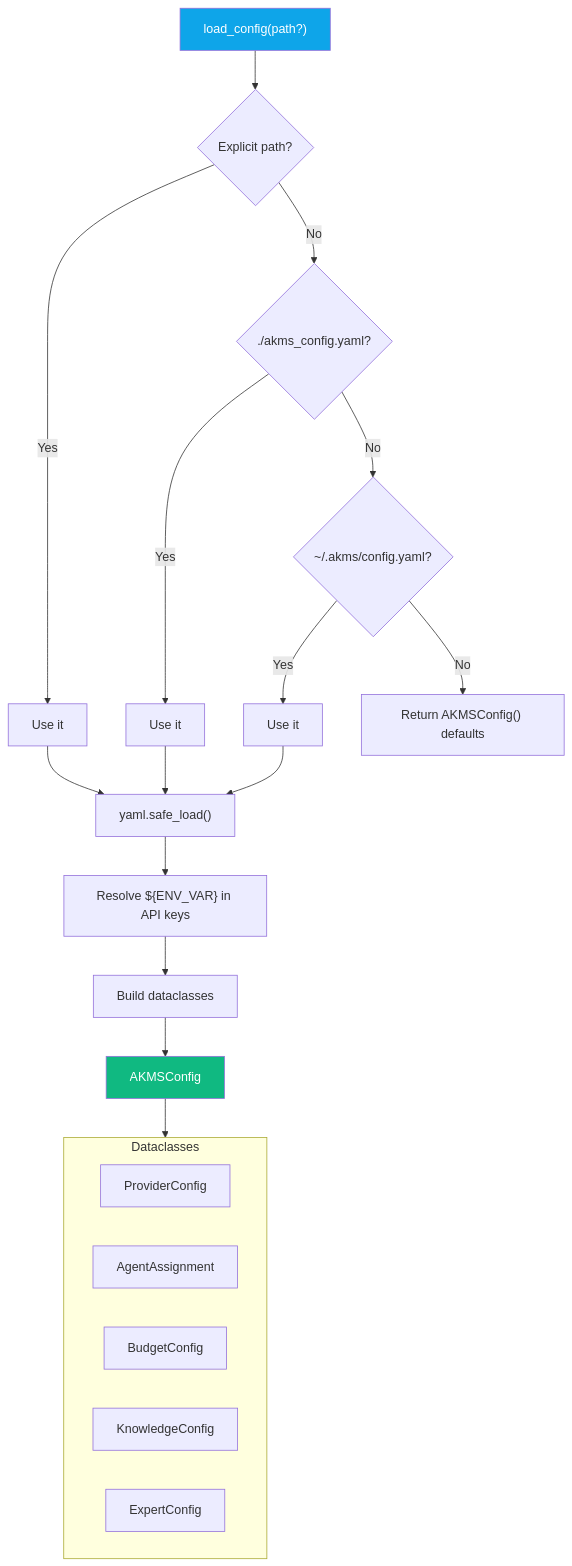
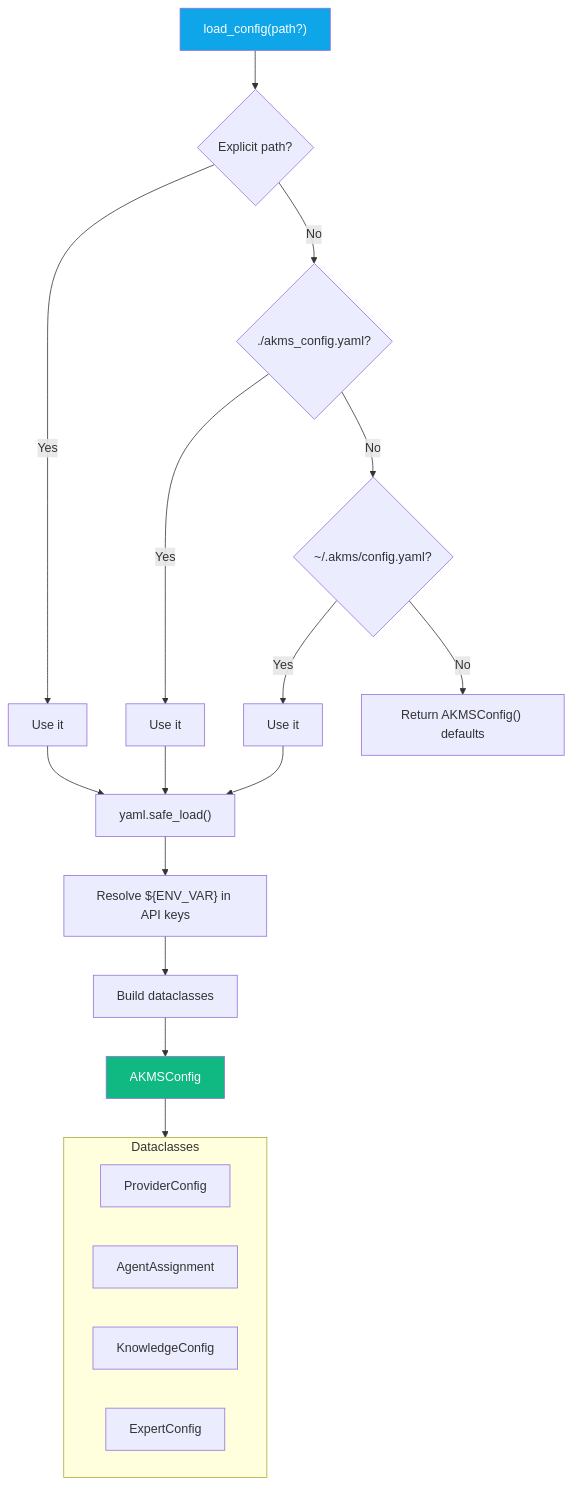
Diagram 12 of 17 in how-this-works.md (TheRealOP/Agent-Knowledge-Management-System), drawn with Mermaid before and after one commit. The commit also changed other lines of this file and 3 other files, not shown here.

````diff
--- a/how-this-works.md
+++ b/how-this-works.md
@@ -500,29 +496,28 @@
 ```mermaid
 flowchart TD
     Start["load_config(path?)"]
     Start --> S1{"Explicit path?"}
     S1 -->|Yes| F1["Use it"]
     S1 -->|No| S2{"./akms_config.yaml?"}
     S2 -->|Yes| F2["Use it"]
     S2 -->|No| S3{"~/.akms/config.yaml?"}
     S3 -->|Yes| F3["Use it"]
     S3 -->|No| Defaults["Return AKMSConfig() defaults"]
 
     F1 & F2 & F3 --> Parse["yaml.safe_load()"]
     Parse --> Resolve["Resolve ${ENV_VAR} in API keys"]
     Resolve --> Build["Build dataclasses"]
     Build --> Result["AKMSConfig"]
 
     subgraph Dataclasses
         PC["ProviderConfig"]
         AA["AgentAssignment"]
-        BC["BudgetConfig"]
         KC["KnowledgeConfig"]
         EC["ExpertConfig"]
     end
 
     Result --> Dataclasses
 
     style Start fill:#0ea5e9,color:#fff
     style Result fill:#10b981,color:#fff
 ```
````
